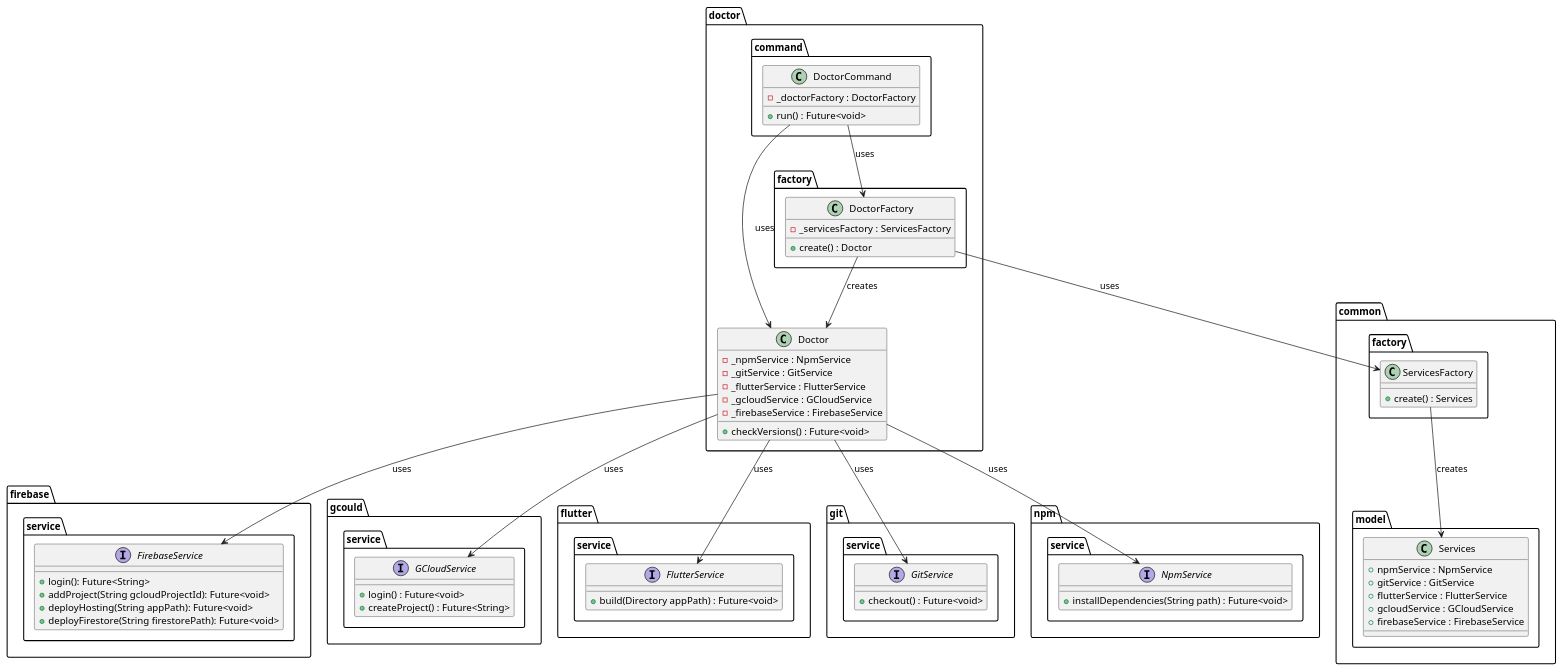
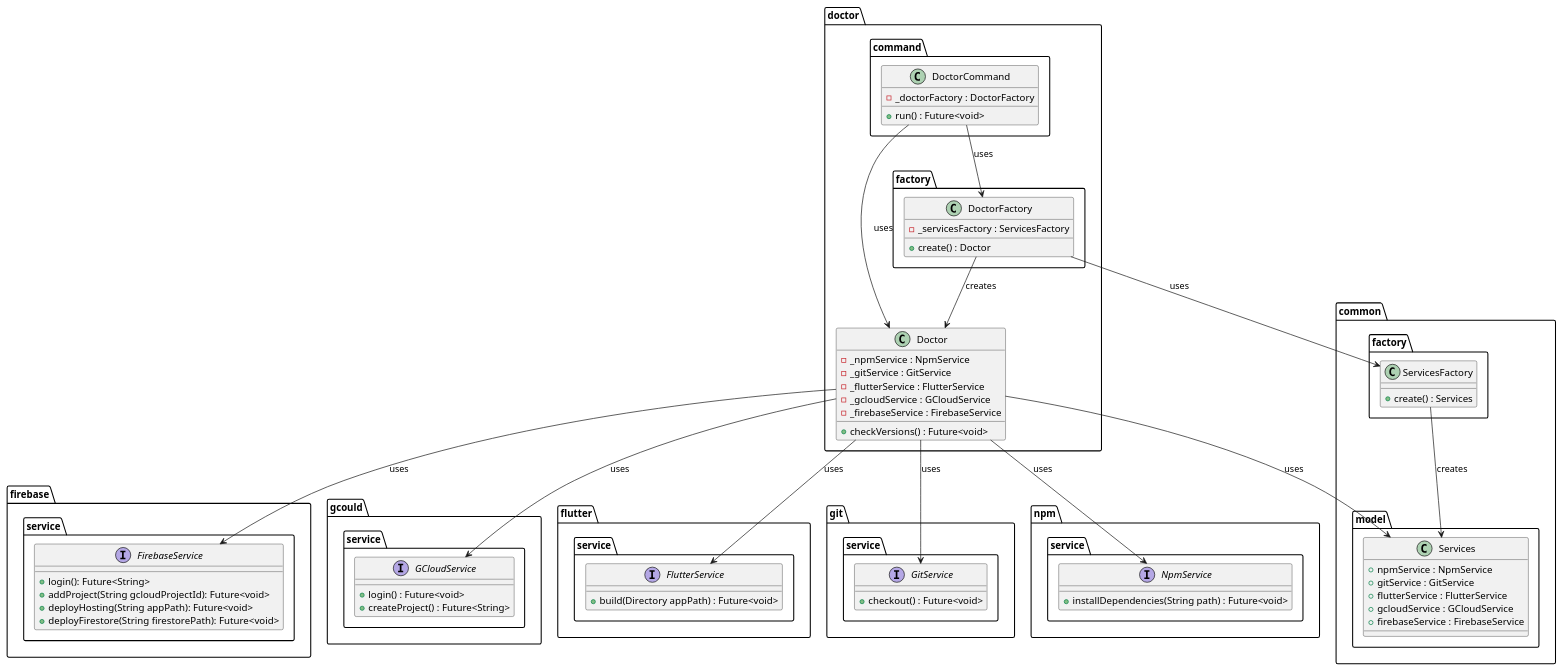
Before and after one commit to Flank/flank-dashboard: the diagram in metrics/cli/docs/diagrams/doctor_command_class_diagram.puml, drawn with PlantUML. The commit also changed 3 other files, not shown here.

```diff
--- a/metrics/cli/docs/diagrams/doctor_command_class_diagram.puml
+++ b/metrics/cli/docs/diagrams/doctor_command_class_diagram.puml
@@ -1,94 +1,96 @@
 @startuml doctor_command_class_diagram
 
 package firebase.service {
     interface FirebaseService {
         + login(): Future<String>
         + addProject(String gcloudProjectId): Future<void>
         + deployHosting(String appPath): Future<void>
         + deployFirestore(String firestorePath): Future<void>
     }
 }
 
 package gcould.service {
     interface GCloudService {
         + login() : Future<void>
         + createProject() : Future<String>
     }
 }
 
 package flutter.service {
     interface FlutterService  {
         + build(Directory appPath) : Future<void>
     }
 }
 
 package git.service{
     interface GitService  {
         + checkout() : Future<void>
     }
 }
 
 package npm.service {
     interface NpmService  {
         + installDependencies(String path) : Future<void>
     }
 }
 
 package common {
     package model {
         class Services {
             + npmService : NpmService
             + gitService : GitService
             + flutterService : FlutterService
             + gcloudService : GCloudService
             + firebaseService : FirebaseService
         }
     }
 
     package factory as common.factory{
         class ServicesFactory {
             + create() : Services
         }
     }
 }
 
 package doctor {
     package command {
         class DoctorCommand {
             - _doctorFactory : DoctorFactory
             + run() : Future<void>
         }
     }
 
     package factory {
         class DoctorFactory {
             - _servicesFactory : ServicesFactory
             + create() : Doctor
         }
     }
 
     class Doctor {
         - _npmService : NpmService
         - _gitService : GitService
         - _flutterService : FlutterService
         - _gcloudService : GCloudService
         - _firebaseService : FirebaseService
         + checkVersions() : Future<void>
     }
 }
 
 DoctorCommand -down-> Doctor : uses
 DoctorCommand --> DoctorFactory : uses
 
 DoctorFactory --> Doctor : creates
 DoctorFactory --> ServicesFactory : uses
 
 ServicesFactory --> Services : creates
 
 Doctor -down-> NpmService : uses
 Doctor -down-> GitService : uses
 Doctor -down-> FlutterService : uses
 Doctor -down-> GCloudService : uses
 Doctor -down-> FirebaseService : uses
+Doctor -> Services : uses
+
 
 @enduml
```
